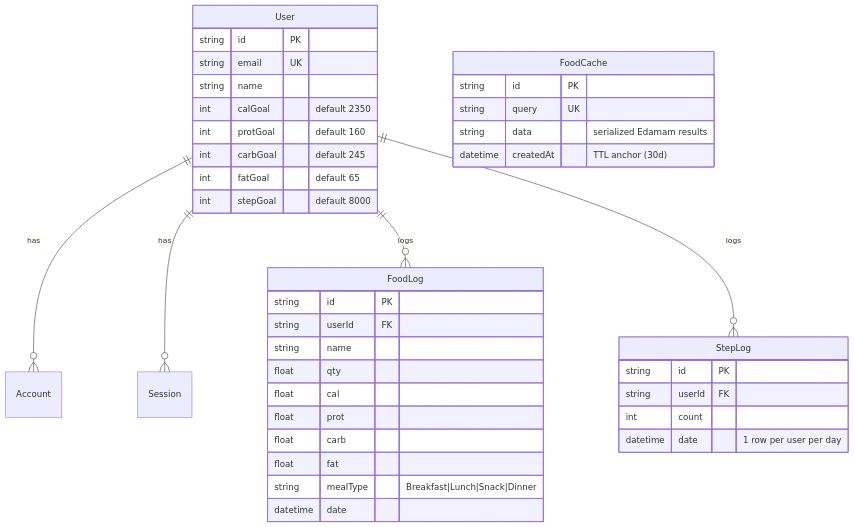
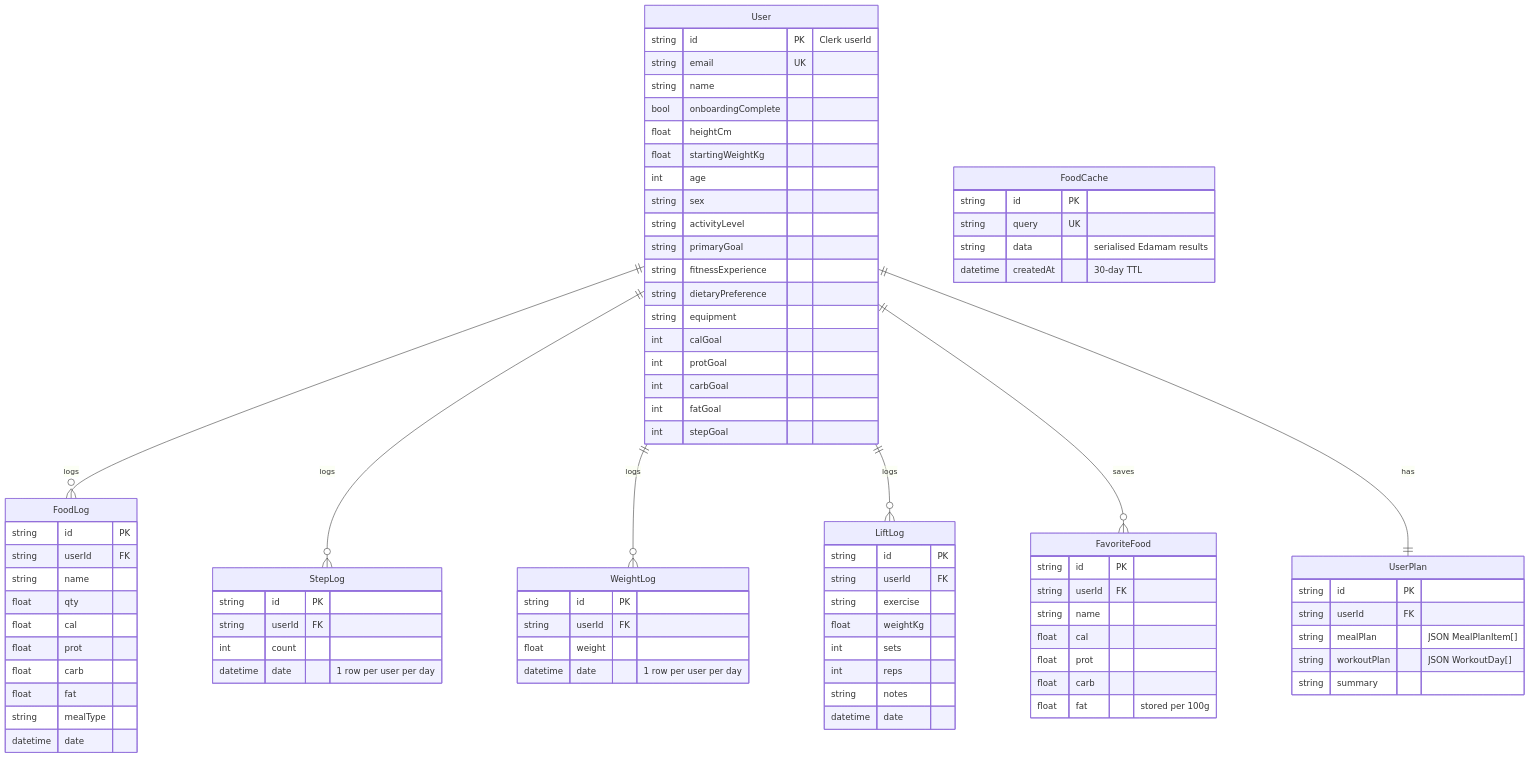
Before and after one commit to Swastik2740S/personal_fit: the second of 2 diagrams in README.md, drawn with Mermaid. The commit also changed other lines of this file, not shown here.

````diff
--- a/README.md
+++ b/README.md
@@ -103,19 +93,38 @@
 ```mermaid
 erDiagram
-    User ||--o{ Account : has
-    User ||--o{ Session : has
     User ||--o{ FoodLog : logs
     User ||--o{ StepLog : logs
+    User ||--o{ WeightLog : logs
+    User ||--o{ LiftLog : logs
+    User ||--o{ FavoriteFood : saves
+    User ||--|| UserPlan : has
 
     User {
-        string id PK
+        string id PK "Clerk userId"
         string email UK
         string name
-        int calGoal "default 2350"
-        int protGoal "default 160"
-        int carbGoal "default 245"
-        int fatGoal "default 65"
-        int stepGoal "default 8000"
+        bool onboardingComplete
+        float heightCm
+        float startingWeightKg
+        int age
+        string sex
+        string activityLevel
+        string primaryGoal
+        string fitnessExperience
+        string dietaryPreference
+        string equipment
+        int calGoal
+        int protGoal
+        int carbGoal
+        int fatGoal
+        int stepGoal
+    }
+    UserPlan {
+        string id PK
+        string userId FK
+        string mealPlan "JSON MealPlanItem[]"
+        string workoutPlan "JSON WorkoutDay[]"
+        string summary
     }
     FoodLog {
         string id PK
@@ -126,7 +135,7 @@
         float prot
         float carb
         float fat
-        string mealType "Breakfast|Lunch|Snack|Dinner"
+        string mealType
         datetime date
     }
     StepLog {
@@ -135,10 +144,35 @@
         int count
         datetime date "1 row per user per day"
     }
+    WeightLog {
+        string id PK
+        string userId FK
+        float weight
+        datetime date "1 row per user per day"
+    }
+    LiftLog {
+        string id PK
+        string userId FK
+        string exercise
+        float weightKg
+        int sets
+        int reps
+        string notes
+        datetime date
+    }
+    FavoriteFood {
+        string id PK
+        string userId FK
+        string name
+        float cal
+        float prot
+        float carb
+        float fat "stored per 100g"
+    }
     FoodCache {
         string id PK
         string query UK
-        string data "serialized Edamam results"
-        datetime createdAt "TTL anchor (30d)"
+        string data "serialised Edamam results"
+        datetime createdAt "30-day TTL"
     }
 ```
````
